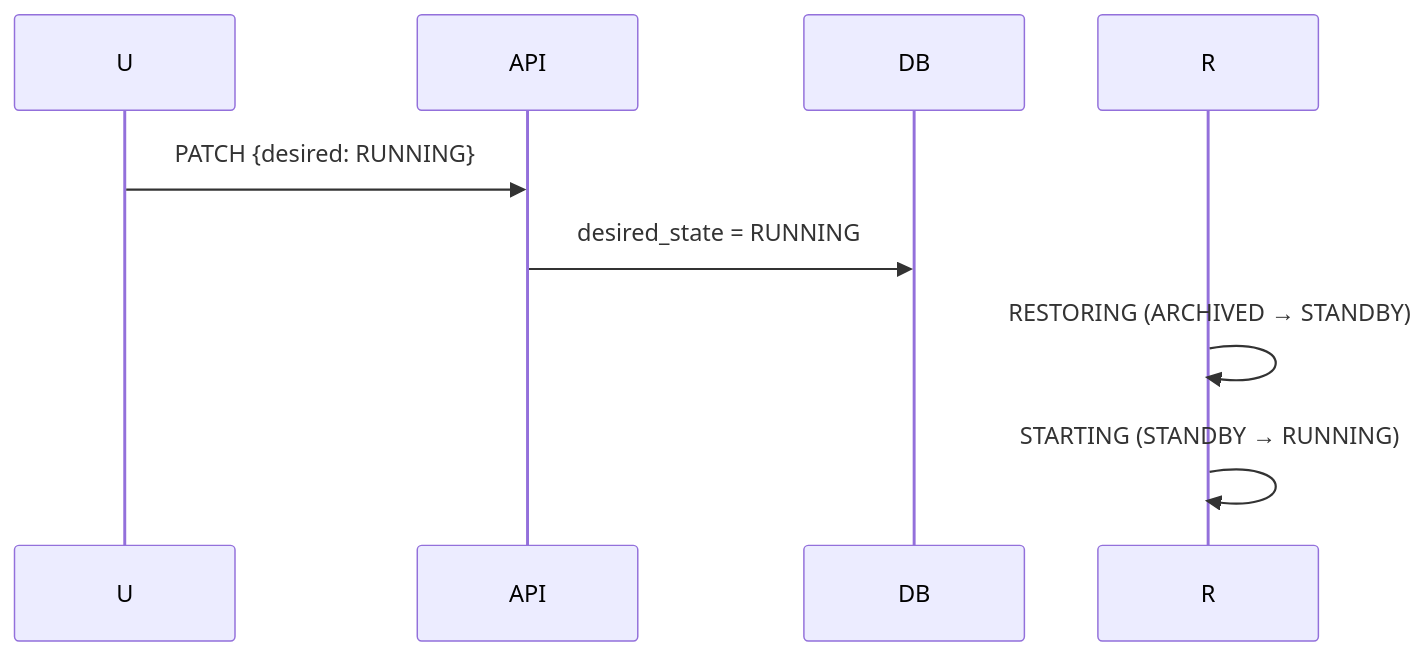
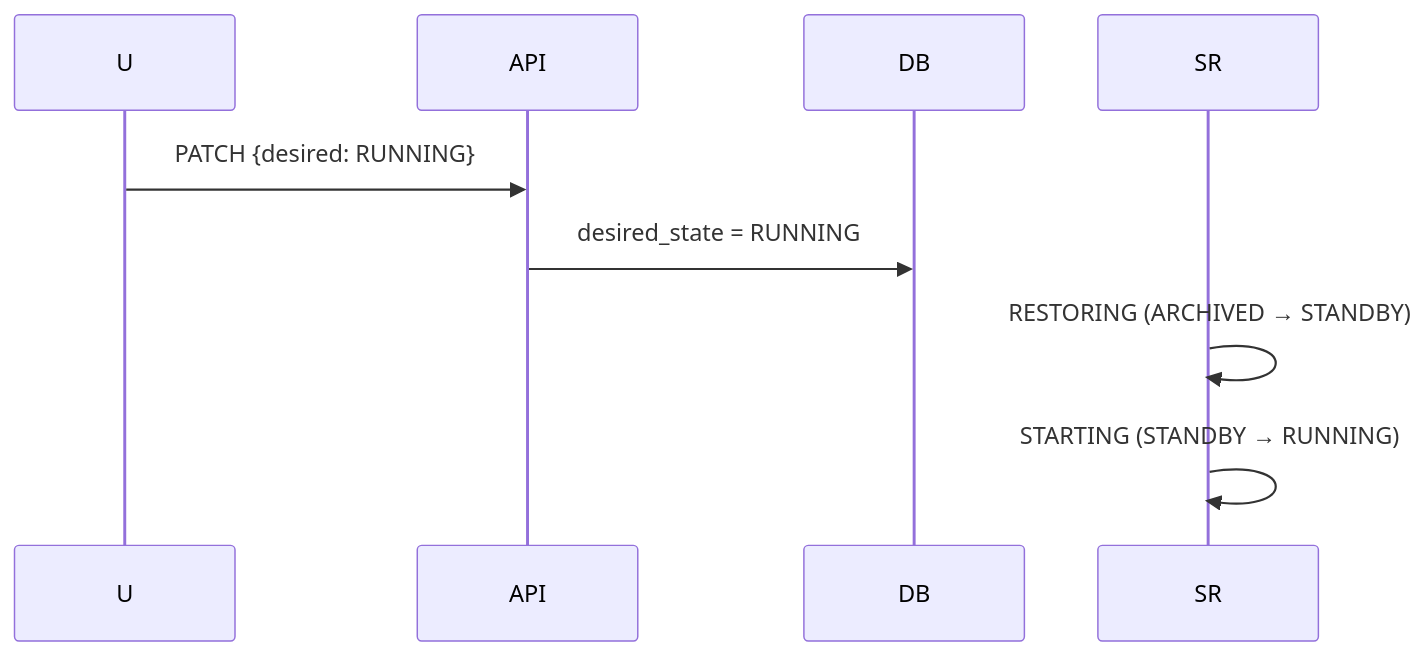
Before and after one commit to cagojeiger/code-hub: the seventh of 7 diagrams in docs/spec_v2/02-states.md, drawn with Mermaid. The commit also changed other lines of this file and 21 other files, not shown here.

````diff
--- a/docs/spec_v2/02-states.md
+++ b/docs/spec_v2/02-states.md
@@ -278,7 +307,7 @@
 ```mermaid
 sequenceDiagram
     U->>API: PATCH {desired: RUNNING}
     API->>DB: desired_state = RUNNING
-    R->>R: RESTORING (ARCHIVED → STANDBY)
-    R->>R: STARTING (STANDBY → RUNNING)
+    SR->>SR: RESTORING (ARCHIVED → STANDBY)
+    SR->>SR: STARTING (STANDBY → RUNNING)
 ```
````
